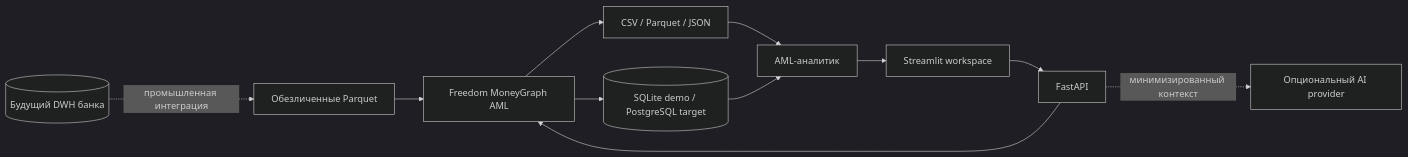
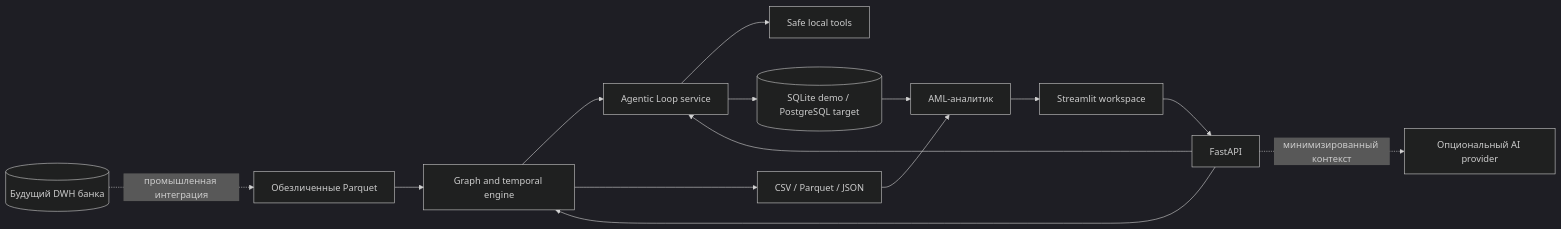
One commit to BAITC-Hacks/hack-173e8652-synex changed the first of 3 diagrams in docs/architecture.md. Above: the diagram before and after it, drawn with Mermaid (dark theme). The commit also changed other lines of this file and 29 other files, not shown here.

Commit message:
ux/graph/analytics

````diff
--- a/docs/architecture.md
+++ b/docs/architecture.md
@@ -11,13 +11,16 @@
 ```mermaid
 flowchart LR
     DWH[(Будущий DWH банка)] -. промышленная интеграция .-> DATA[Обезличенные Parquet]
-    DATA --> MG[Freedom MoneyGraph AML]
+    DATA --> MG[Graph and temporal engine]
     ANALYST[AML-аналитик] --> UI[Streamlit workspace]
     UI --> API[FastAPI]
     API --> MG
+    API --> LOOP[Agentic Loop service]
+    MG --> LOOP
+    LOOP --> TOOLS[Safe local tools]
     MG --> EXPORTS[CSV / Parquet / JSON]
-    MG --> DB[(SQLite demo / PostgreSQL target)]
+    LOOP --> DB[(SQLite demo / PostgreSQL target)]
     API -. минимизированный контекст .-> AI[Опциональный AI provider]
     EXPORTS --> ANALYST
     DB --> ANALYST
 ```
````
